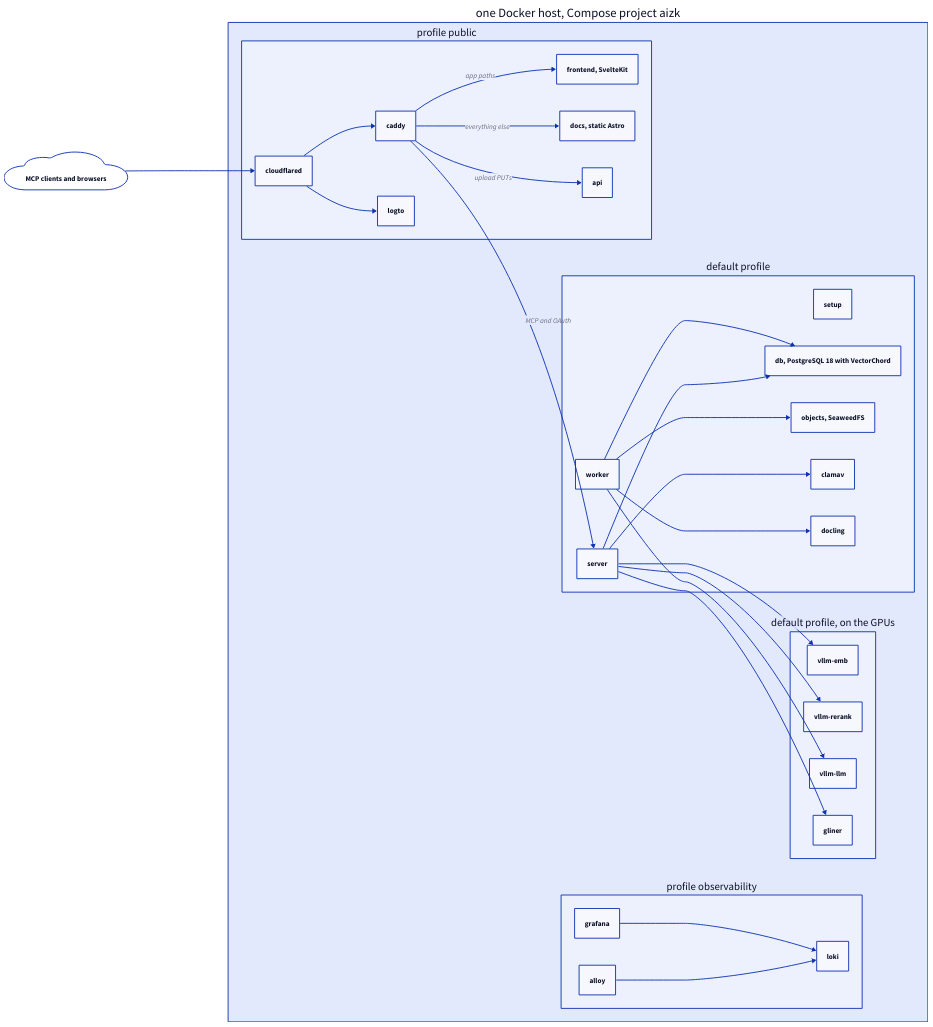
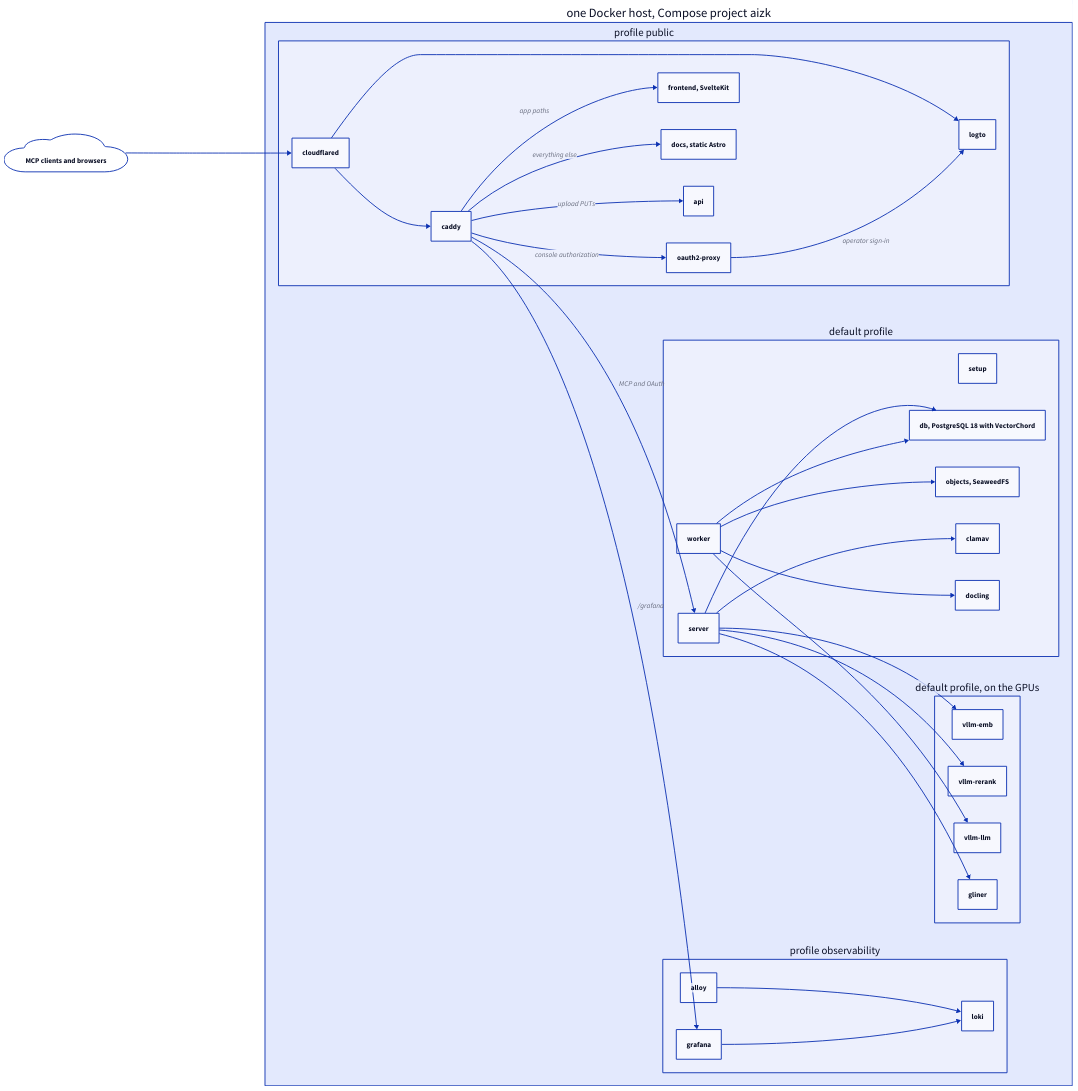
The diagram in docs/src/content/docs/docs/dev/run/topology.md (phvv-me/aizk), drawn with D2 before and after one commit. The commit also changed other lines of this file and 22 other files, not shown here.

First line of the commit message:
Gate the operator console behind the admin role and passkey proxy

````diff
--- a/docs/src/content/docs/docs/dev/run/topology.md
+++ b/docs/src/content/docs/docs/dev/run/topology.md
@@ -10,58 +10,62 @@
 ```d2
 direction: right
 
 clients: "MCP clients and browsers" { shape: cloud }
 
 host: "one Docker host, Compose project aizk" {
   public: "profile public" {
     cloudflared
     caddy
+    gate: "oauth2-proxy"
     frontend: "frontend, SvelteKit"
     docs: "docs, static Astro"
     api
     logto
   }
 
   core: "default profile" {
     server
     worker
     setup
     db: "db, PostgreSQL 18 with VectorChord"
     objects: "objects, SeaweedFS"
     clamav
     docling
   }
 
   models: "default profile, on the GPUs" {
     emb: "vllm-emb"
     rerank: "vllm-rerank"
     llm: "vllm-llm"
     gliner
   }
 
   obs: "profile observability" {
     alloy
     loki
     grafana
   }
 }
 
 clients -> host.public.cloudflared
 host.public.cloudflared -> host.public.caddy
 host.public.cloudflared -> host.public.logto
 host.public.caddy -> host.core.server: "MCP and OAuth"
 host.public.caddy -> host.public.api: "upload PUTs"
 host.public.caddy -> host.public.frontend: "app paths"
 host.public.caddy -> host.public.docs: "everything else"
+host.public.caddy -> host.public.gate: "console authorization"
+host.public.gate -> host.public.logto: "operator sign-in"
+host.public.caddy -> host.obs.grafana: "/grafana"
 host.core.server -> host.core.db
 host.core.worker -> host.core.db
 host.core.server -> host.core.clamav
 host.core.worker -> host.core.docling
 host.core.worker -> host.core.objects
 host.core.server -> host.models.gliner
 host.core.server -> host.models.emb
 host.core.server -> host.models.rerank
 host.core.worker -> host.models.llm
 host.obs.alloy -> host.obs.loki
 host.obs.grafana -> host.obs.loki
 ```
````
